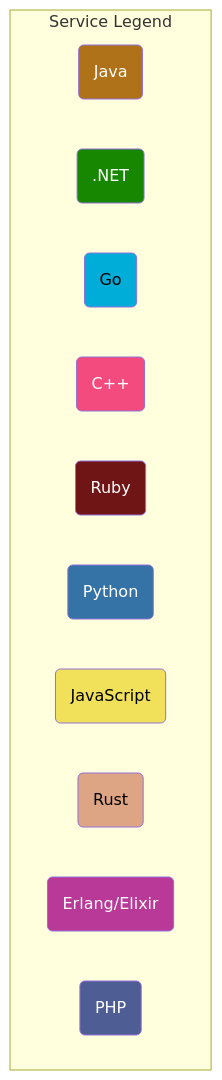
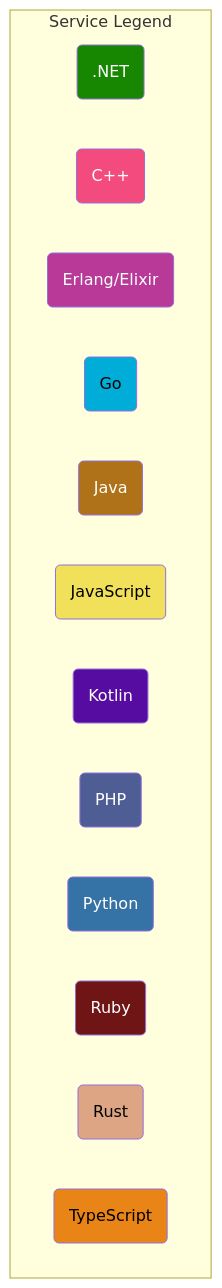
The second of 3 diagrams in docs/current_architecture.md (village-chat/opentelemetry-demo-bench), drawn with Mermaid before and after one commit. The commit also changed other lines of this file and 48 other files, not shown here.

````diff
--- a/docs/current_architecture.md
+++ b/docs/current_architecture.md
@@ -67,26 +77,30 @@
 ```mermaid
 graph TD
 subgraph Service Legend
+  dotnetsvc(.NET):::dotnet
+  cppsvc(C++):::cpp
+  erlangsvc(Erlang/Elixir):::erlang
+  golangsvc(Go):::golang
   javasvc(Java):::java
-  dotnetsvc(.NET):::dotnet
-  golangsvc(Go):::golang
-  cppsvc(C++):::cpp
+  javascriptsvc(JavaScript):::javascript
+  kotlinsvc(Kotlin):::kotlin
+  phpsvc(PHP):::php
+  pythonsvc(Python):::python
   rubysvc(Ruby):::ruby
-  pythonsvc(Python):::python
-  javascriptsvc(JavaScript):::javascript
   rustsvc(Rust):::rust
-  erlangsvc(Erlang/Elixir):::erlang
-  phpsvc(PHP):::php
+  typescriptsvc(TypeScript):::typescript
 end
 
+classDef dotnet fill:#178600,color:white;
+classDef cpp fill:#f34b7d,color:white;
+classDef erlang fill:#b83998,color:white;
+classDef golang fill:#00add8,color:black;
 classDef java fill:#b07219,color:white;
-classDef dotnet fill:#178600,color:white;
-classDef golang fill:#00add8,color:black;
-classDef cpp fill:#f34b7d,color:white;
+classDef javascript fill:#f1e05a,color:black;
+classDef kotlin fill:#560ba1,color:white;
+classDef php fill:#4f5d95,color:white;
+classDef python fill:#3572A5,color:white;
 classDef ruby fill:#701516,color:white;
-classDef python fill:#3572A5,color:white;
-classDef javascript fill:#f1e05a,color:black;
 classDef rust fill:#dea584,color:black;
-classDef erlang fill:#b83998,color:white;
-classDef php fill:#4f5d95,color:white;
+classDef typescript fill:#e98516,color:black;
 ```
````
